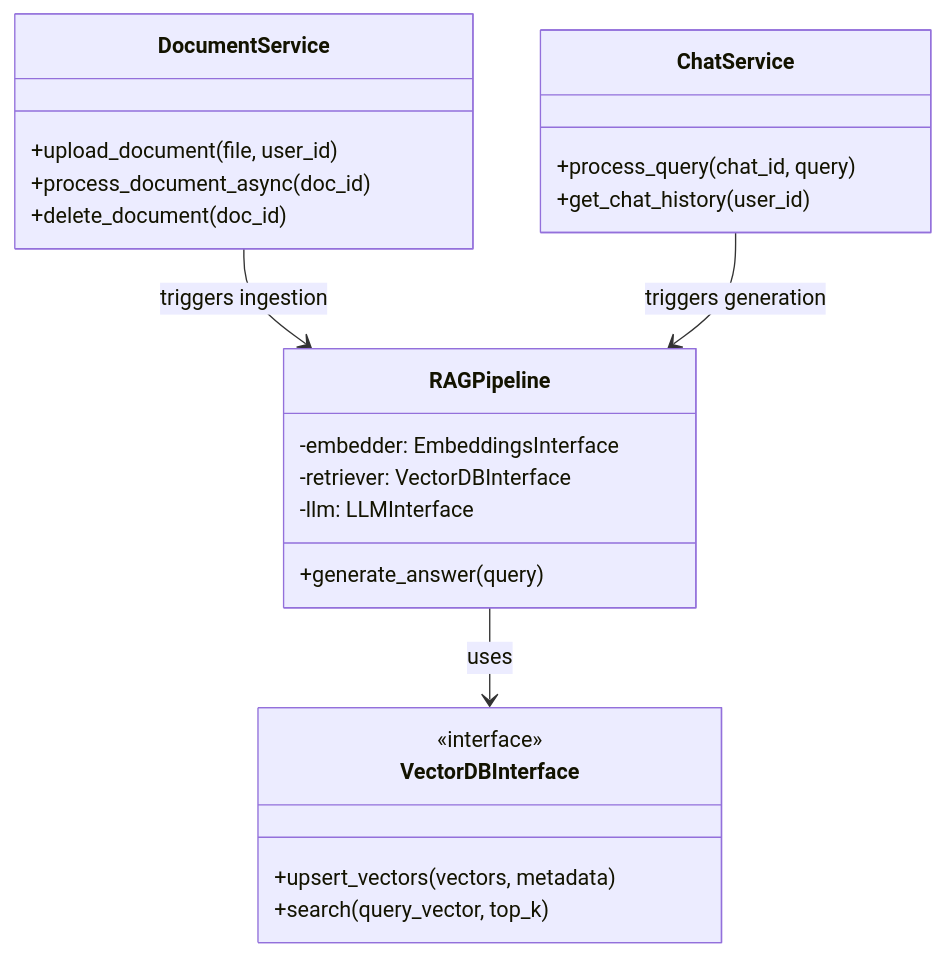
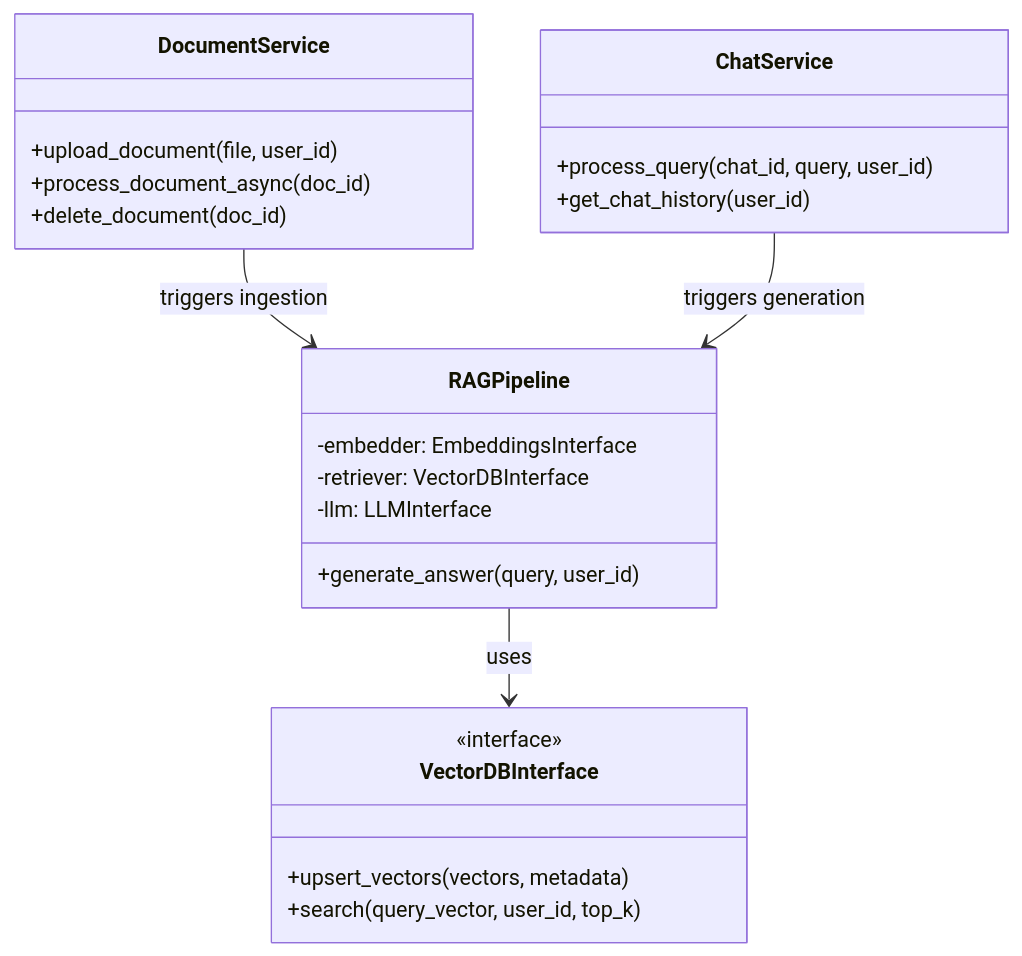
Before and after one commit to BILALAKRAM27/Enterprise-AI: the second of 2 diagrams in software_design_document.md, drawn with Mermaid. The commit also changed other lines of this file and 5 other files, not shown here.

````diff
--- a/software_design_document.md
+++ b/software_design_document.md
@@ -168,27 +178,27 @@
 ```mermaid
 classDiagram
     class DocumentService {
         +upload_document(file, user_id)
         +process_document_async(doc_id)
         +delete_document(doc_id)
     }
     class ChatService {
-        +process_query(chat_id, query)
+        +process_query(chat_id, query, user_id)
         +get_chat_history(user_id)
     }
     class RAGPipeline {
         -embedder: EmbeddingsInterface
         -retriever: VectorDBInterface
         -llm: LLMInterface
-        +generate_answer(query)
+        +generate_answer(query, user_id)
     }
     class VectorDBInterface {
         <<interface>>
         +upsert_vectors(vectors, metadata)
-        +search(query_vector, top_k)
+        +search(query_vector, user_id, top_k)
     }
     
     DocumentService --> RAGPipeline : triggers ingestion
     ChatService --> RAGPipeline : triggers generation
     RAGPipeline --> VectorDBInterface : uses
 ```
````
